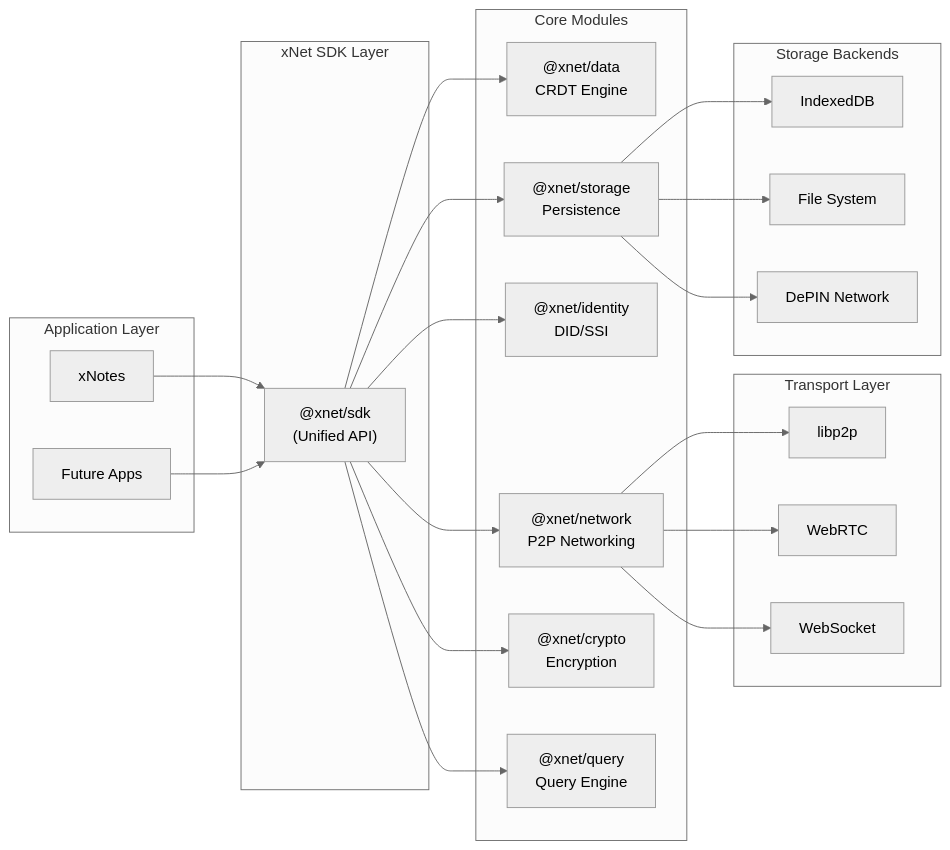
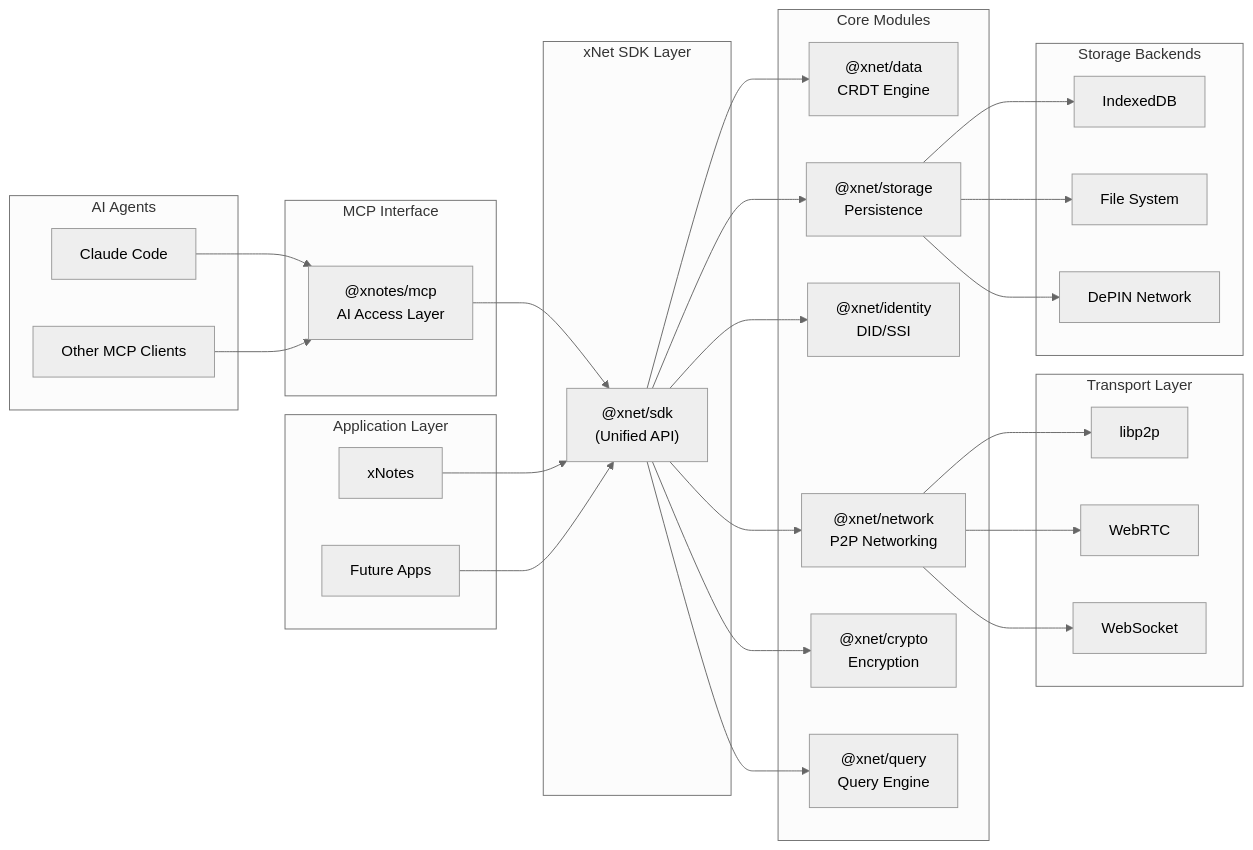
The first of 6 diagrams in docs/plan/01-xnet-core-platform.md (crs48/xNet), drawn with Mermaid (neutral theme) before and after one commit. The commit also changed other lines of this file and 2 other files, not shown here.

First line of the commit message:
Add AI/MCP interface documentation for xNotes

````diff
--- a/docs/plan/01-xnet-core-platform.md
+++ b/docs/plan/01-xnet-core-platform.md
@@ -17,47 +17,59 @@
 ```mermaid
 graph LR
+    subgraph "AI Agents"
+        AI1[Claude Code]
+        AI2[Other MCP Clients]
+    end
+
     subgraph "Application Layer"
         A1[xNotes]
         A2[Future Apps]
+    end
+
+    subgraph "MCP Interface"
+        M1["@xnotes/mcp<br/>AI Access Layer"]
     end
 
     subgraph "xNet SDK Layer"
         S1["@xnet/sdk<br/>(Unified API)"]
     end
 
     subgraph "Core Modules"
         C1["@xnet/data<br/>CRDT Engine"]
         C2["@xnet/network<br/>P2P Networking"]
         C3["@xnet/identity<br/>DID/SSI"]
         C4["@xnet/storage<br/>Persistence"]
         C5["@xnet/crypto<br/>Encryption"]
         C6["@xnet/query<br/>Query Engine"]
     end
 
     subgraph "Transport Layer"
         T1[libp2p]
         T2[WebRTC]
         T3[WebSocket]
     end
 
     subgraph "Storage Backends"
         B1[IndexedDB]
         B2[File System]
         B3[DePIN Network]
     end
 
+    AI1 --> M1
+    AI2 --> M1
+    M1 --> S1
     A1 --> S1
     A2 --> S1
     S1 --> C1
     S1 --> C2
     S1 --> C3
     S1 --> C4
     S1 --> C5
     S1 --> C6
     C2 --> T1
     C2 --> T2
     C2 --> T3
     C4 --> B1
     C4 --> B2
     C4 --> B3
 ```
````
